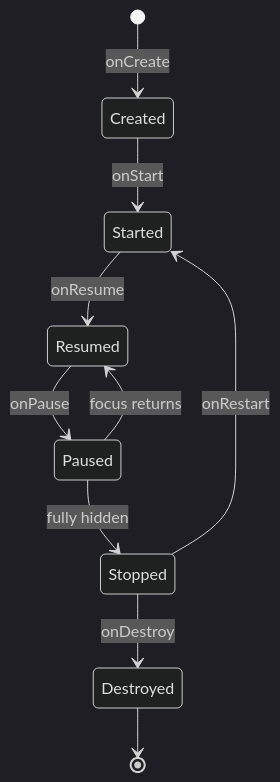
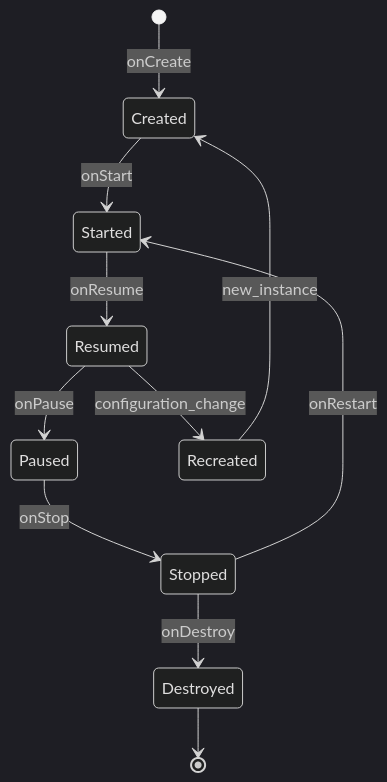
One commit to m1ser4ble/m1ser4ble.github.io changed the third of 4 diagrams in _posts/2026-06-09-manifest-android-interview-01-android-framework.md. Above: the diagram before and after it, drawn with Mermaid (dark theme). The commit also changed other lines of this file, not shown here.

```diff
--- a/_posts/2026-06-09-manifest-android-interview-01-android-framework.md
+++ b/_posts/2026-06-09-manifest-android-interview-01-android-framework.md
@@ -152,12 +169,13 @@
 <div class="mermaid">
 stateDiagram-v2
     [*] --> Created: onCreate
     Created --> Started: onStart
     Started --> Resumed: onResume
     Resumed --> Paused: onPause
-    Paused --> Resumed: focus returns
-    Paused --> Stopped: fully hidden
+    Paused --> Stopped: onStop
     Stopped --> Started: onRestart
     Stopped --> Destroyed: onDestroy
     Destroyed --> [*]
+    Resumed --> Recreated: configuration_change
+    Recreated --> Created: new_instance
 </div>
```
